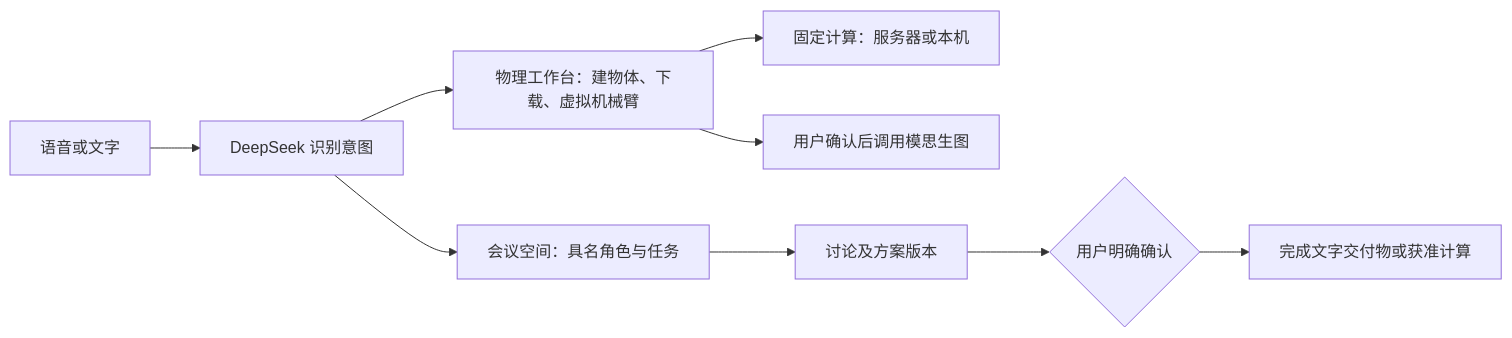
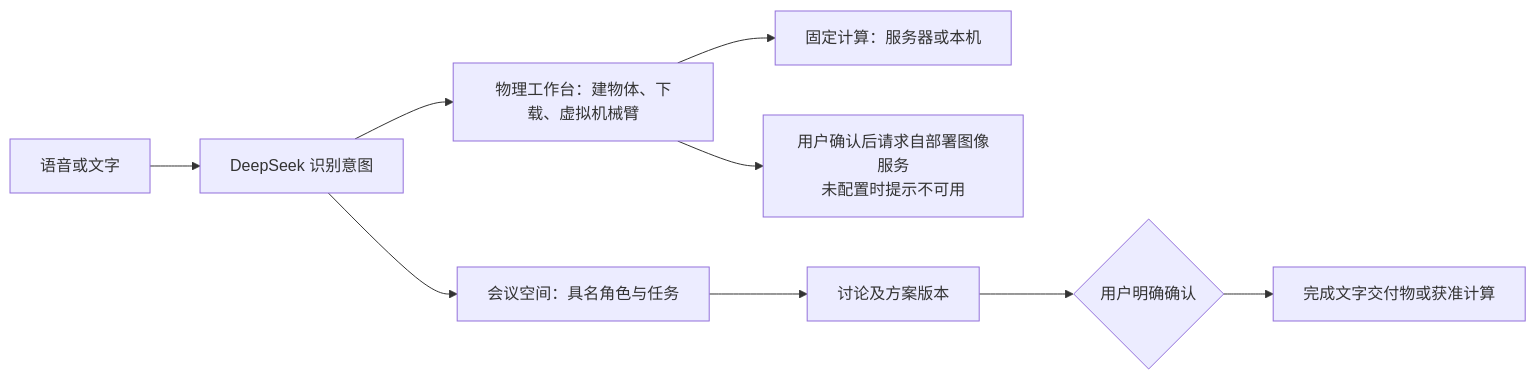
One commit to wuki-creator/Xim-duplex changed the first of 6 diagrams in docs/MODEL_FLOW.md. Above: the diagram before and after it, drawn with Mermaid. The commit also changed other lines of this file and 33 other files, not shown here.

````diff
--- a/docs/MODEL_FLOW.md
+++ b/docs/MODEL_FLOW.md
@@ -11,11 +11,11 @@
 ```mermaid
 flowchart LR
     TALK[语音或文字] --> ROUTE[DeepSeek 识别意图]
     ROUTE --> LAB[物理工作台：建物体、下载、虚拟机械臂]
     LAB --> COMPUTE[固定计算：服务器或本机]
-    LAB --> IMAGE[用户确认后调用模思生图]
+    LAB --> IMAGE[用户确认后请求自部署图像服务<br/>未配置时提示不可用]
     ROUTE --> ROOM[会议空间：具名角色与任务]
     ROOM --> PLAN[讨论及方案版本]
     PLAN --> CONFIRM{用户明确确认}
     CONFIRM --> RESULT[完成文字交付物或获准计算]
 ```
````
